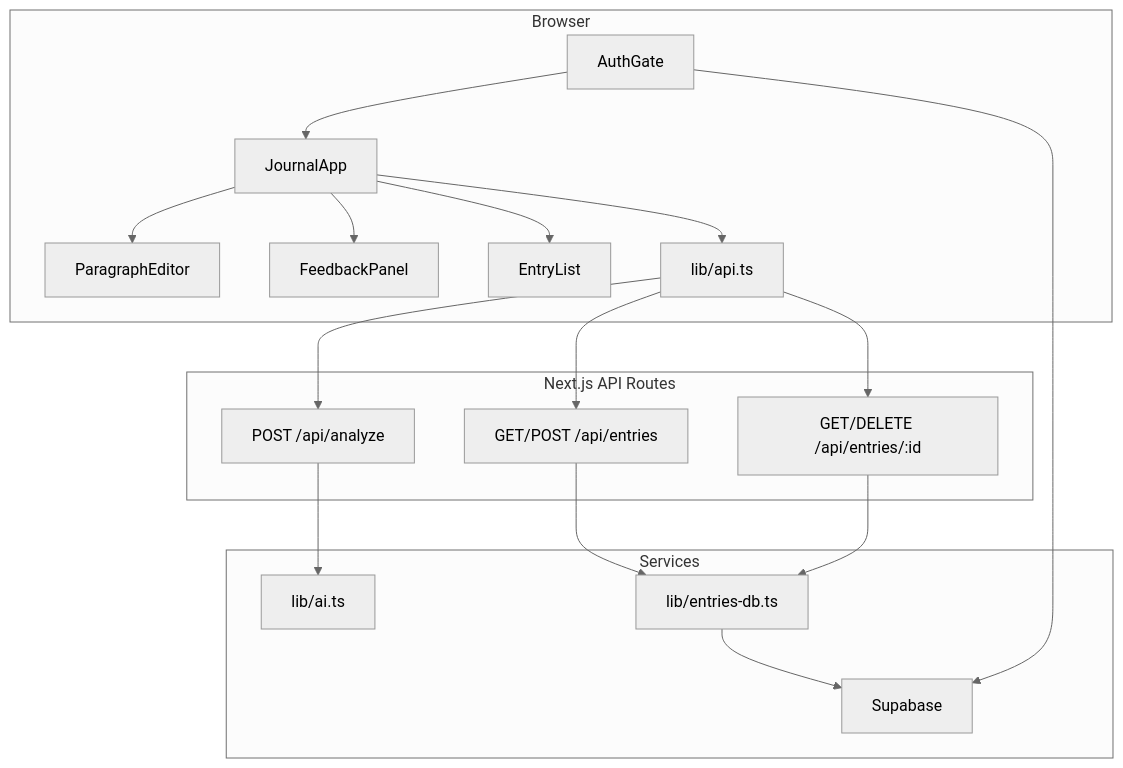
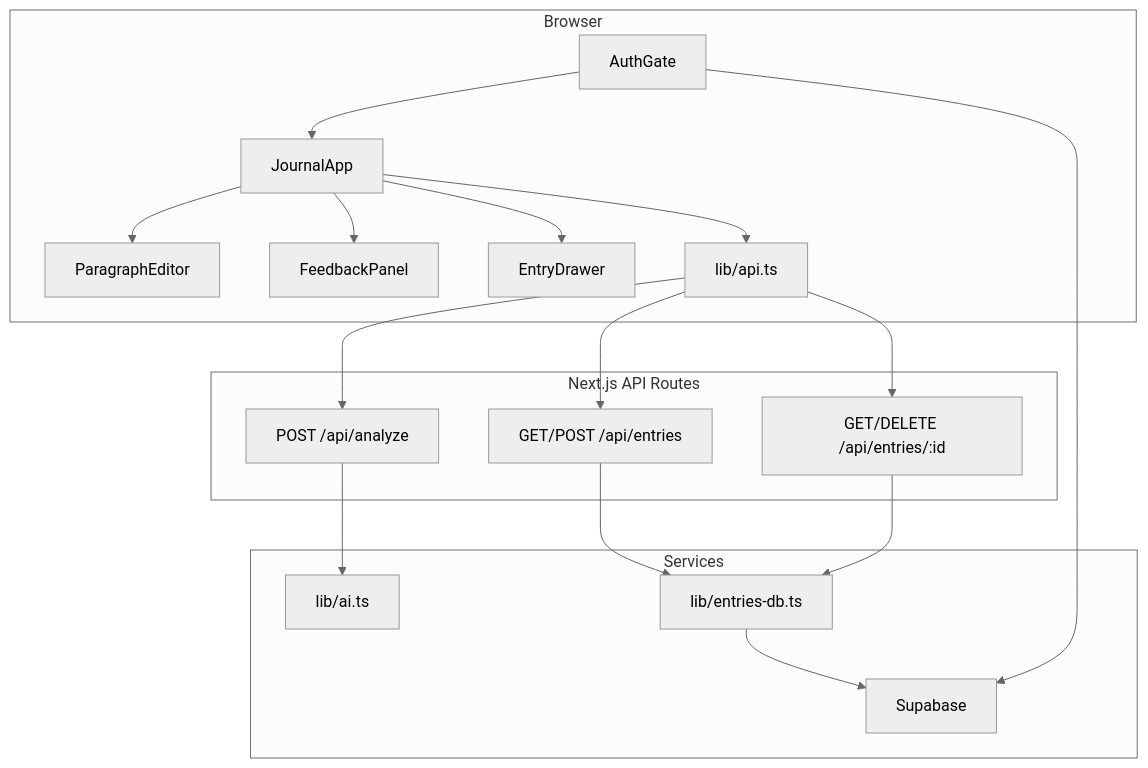
The diagram in AGENTS.md (sea2709/learn-english-journaling), drawn with Mermaid (neutral theme) before and after one commit. The commit also changed other lines of this file and 7 other files, not shown here.

First line of the commit message:
Refactor entry management by renaming EntryList to EntryDrawer and removing legacy Notion integration.

````diff
--- a/AGENTS.md
+++ b/AGENTS.md
@@ -63,31 +61,31 @@
 ```mermaid
 flowchart TB
   subgraph client [Browser]
     AuthGate --> JournalApp
     JournalApp --> ParagraphEditor
     JournalApp --> FeedbackPanel
-    JournalApp --> EntryList
+    JournalApp --> EntryDrawer
     JournalApp --> api_lib["lib/api.ts"]
   end
 
   subgraph next [Next.js API Routes]
     analyze["POST /api/analyze"]
     entries["GET/POST /api/entries"]
     entryId["GET/DELETE /api/entries/:id"]
   end
 
   subgraph services [Services]
     ai["lib/ai.ts"]
     db["lib/entries-db.ts"]
     supa["Supabase"]
   end
 
   api_lib --> analyze
   api_lib --> entries
   api_lib --> entryId
   analyze --> ai
   entries --> db
   entryId --> db
   db --> supa
   AuthGate --> supa
 ```
````
